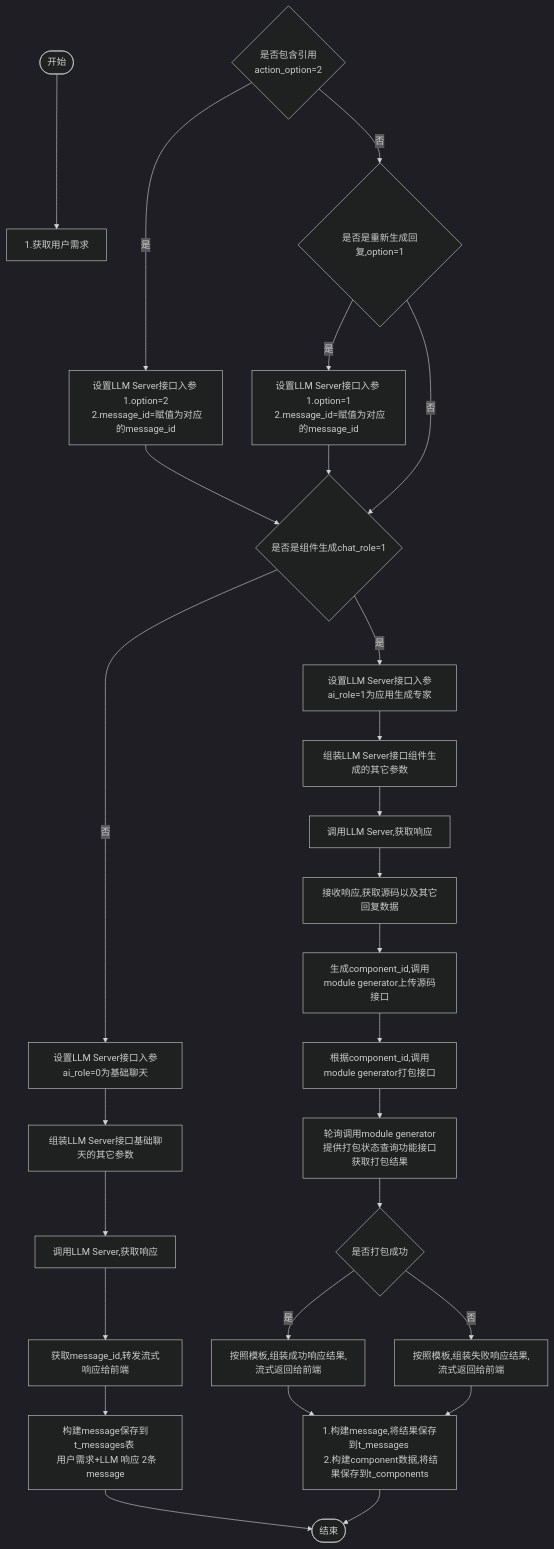
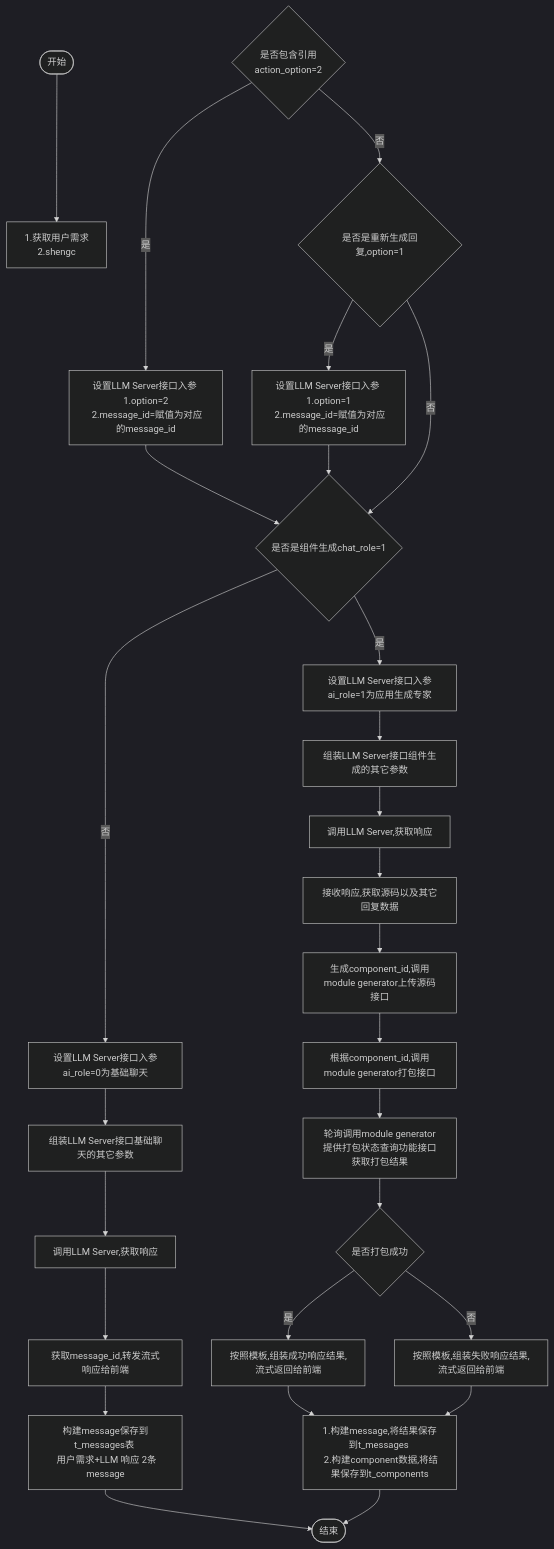
The diagram in all/w3-会话-不需要传递message.md (yingjianzh/iodraw-files), drawn with Mermaid (dark theme) before and after one commit.

Commit message:
2024-10-15 14:17:38 update

````diff
--- a/all/w3-会话-不需要传递message.md
+++ b/all/w3-会话-不需要传递message.md
@@ -1,34 +1,34 @@
 ```mermaid
 flowchart TD
-    A([开始]) --> B[1.获取用户需求]
+    A([开始]) --> B[1.获取用户需求 \n 2.shengc ]
     D{是否包含引用 \n action_option=2}
     D -- 是 --> E[设置LLM Server接口入参 \n 1.option=2 \n 2.message_id=赋值为对应的message_id]
     D -- 否 --> F{是否是重新生成回复,option=1}
     F -- 是 --> G[设置LLM Server接口入参 \n 1.option=1 \n 2.message_id=赋值为对应的message_id]
     F -- 否 --> I
      
     E & G --> I{是否是组件生成chat_role=1}
     I -- 否 --> K[设置LLM Server接口入参ai_role=0为基础聊天]
     I -- 是 --> J[设置LLM Server接口入参ai_role=1为应用生成专家]
     
 
     J --> L[组装LLM Server接口组件生成的其它参数]    
     K --> M[组装LLM Server接口基础聊天的其它参数]    
     M --> N[调用LLM Server,获取响应]    
     N --> O[获取message_id,转发流式响应给前端]
     O --> P[构建message保存到t_messages表 \n 用户需求+LLM 响应 2条message]
     P --> R([结束])
 
 
     L --> S[调用LLM Server,获取响应]
     S --> T[接收响应,获取源码以及其它回复数据]
     T --> U[生成component_id,调用module generator上传源码接口]
     U --> V[根据component_id,调用module generator打包接口]
     V --> W[轮询调用module generator提供打包状态查询功能接口获取打包结果]
     W --> X{是否打包成功}
     X -- 是 --> Y[按照模板,组装成功响应结果,流式返回给前端]
     X -- 否 --> Z[按照模板,组装失败响应结果,流式返回给前端]
 
     Y & Z --> Result[1.构建message,将结果保存到t_messages \n 2.构建component数据,将结果保存到t_components]
     Result --> R
 ```
````
